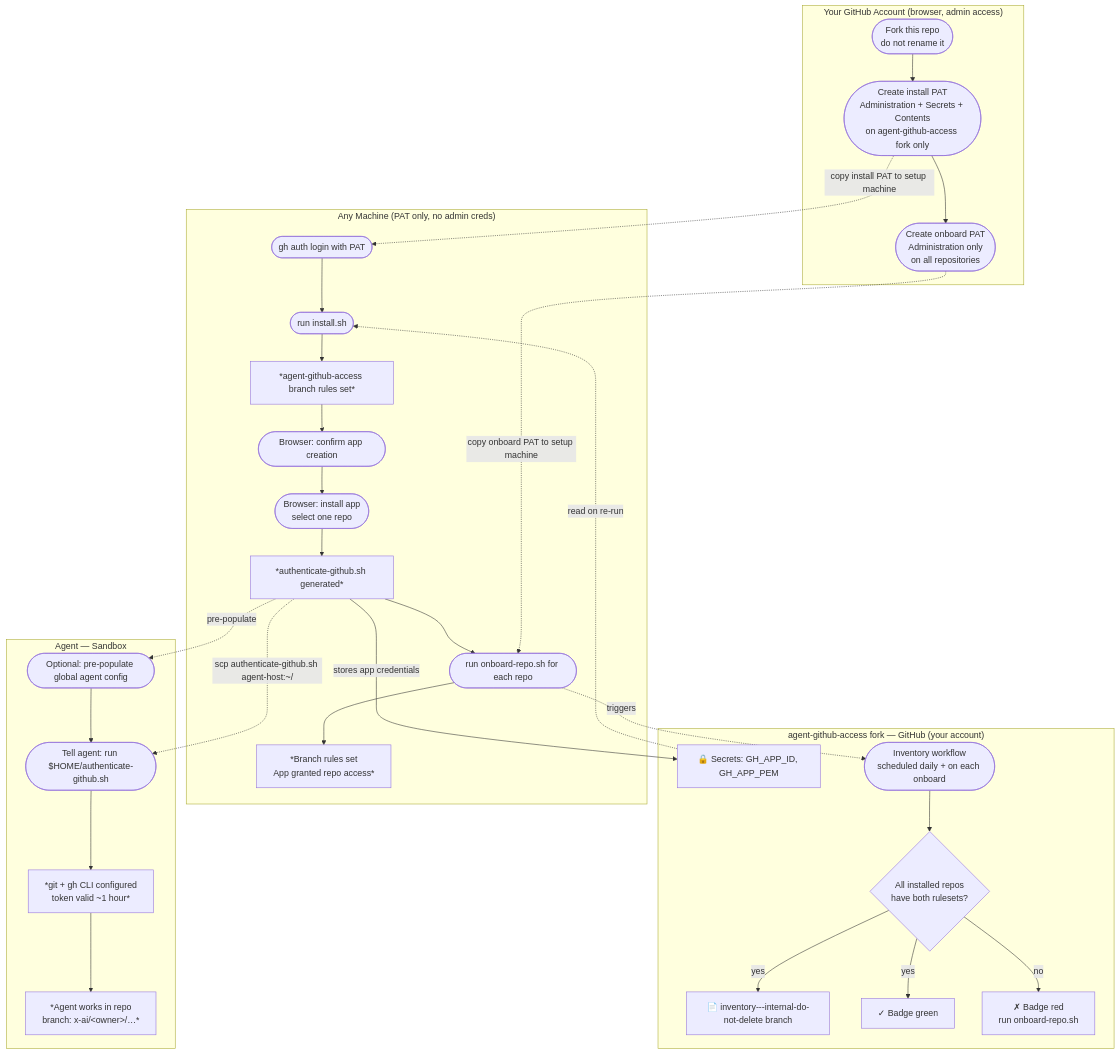
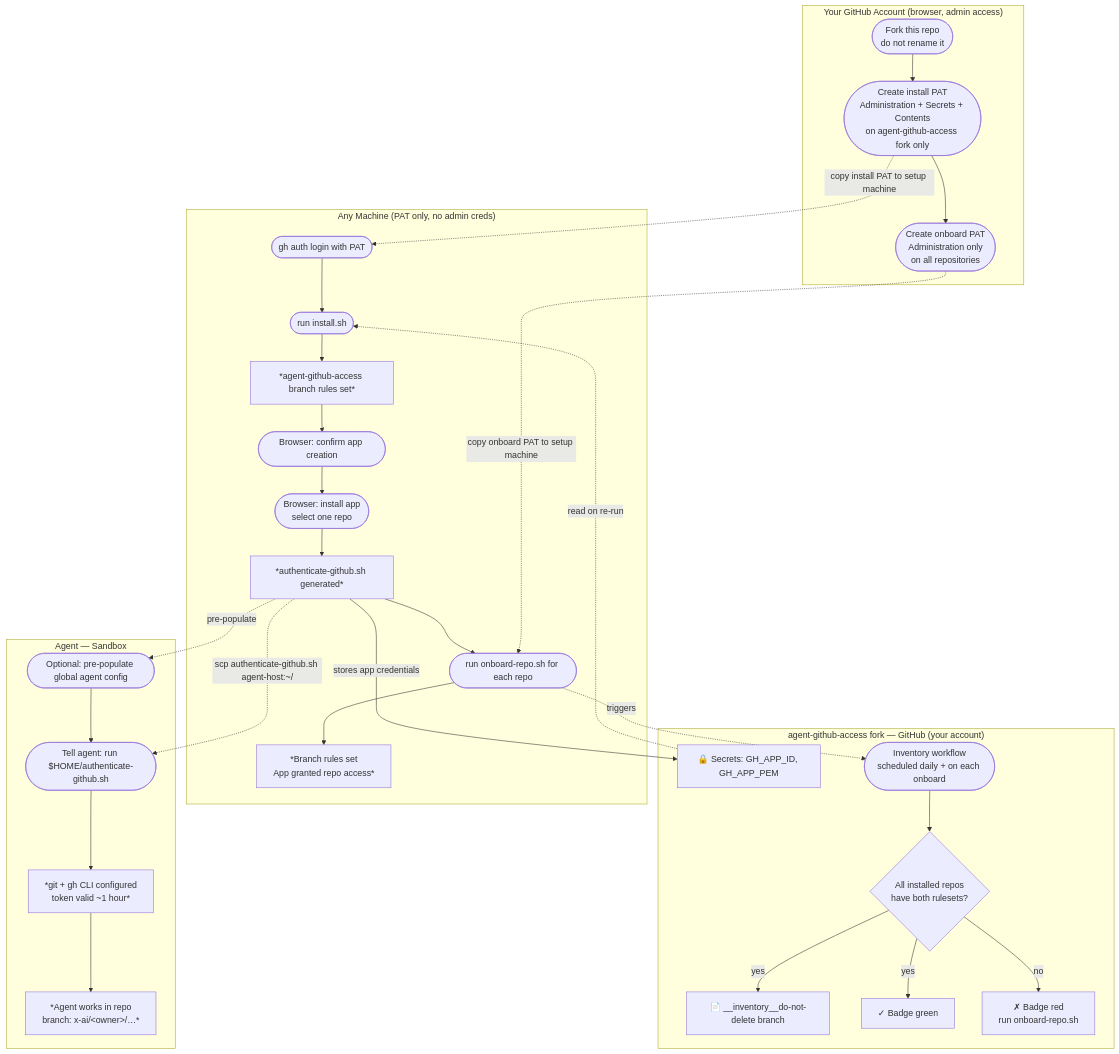
One commit to ardentperf/agent-github-access changed the diagram in README.md. Above: the diagram before and after it, drawn with Mermaid. The commit also changed other lines of this file and 4 other files, not shown here.

First line of the commit message:
refactor: rename inventory branch and file for clarity and GitHub UI visibility (#1836)

````diff
--- a/README.md
+++ b/README.md
@@ -21,55 +21,55 @@
 ```mermaid
 flowchart TD
     subgraph admin["Your GitHub Account (browser, admin access)"]
         F(["Fork this repo
 do not rename it"]) --> P1
         P1(["Create install PAT
 Administration + Secrets + Contents
 on agent-github-access fork only"]) --> P2
         P2(["Create onboard PAT
 Administration only
 on all repositories"])
     end
 
     subgraph fork["agent-github-access fork — GitHub (your account)"]
         SEC["🔒 Secrets: GH_APP_ID, GH_APP_PEM"]
-        INV["📄 inventory---internal-do-not-delete branch"]
+        INV["📄 __inventory__do-not-delete branch"]
         AU(["Inventory workflow
 scheduled daily + on each onboard"])
         AU --> AUC{"All installed repos
 have both rulesets?"}
         AUC -->|"yes"| AUP["✓ Badge green"]
         AUC -->|"no"| AUF["✗ Badge red
 run onboard-repo.sh"]
         AUC -->|"yes"| INV
     end
 
     subgraph setup["Any Machine (PAT only, no admin creds)"]
         A(["gh auth login with PAT"]) --> B(["run install.sh"])
         B --> BF["*agent-github-access branch rules set*"]
         BF --> C(["Browser: confirm app creation"])
         C --> D(["Browser: install app
 select one repo"])
         D --> E["*authenticate-github.sh generated*"]
         E --> R(["run onboard-repo.sh for each repo"])
         R --> H["*Branch rules set
 App granted repo access*"]
     end
 
     subgraph agent["Agent — Sandbox"]
         G(["Optional: pre-populate global agent config"])
         G --> I(["Tell agent: run $HOME/authenticate-github.sh"])
         I --> J["*git + gh CLI configured
 token valid ~1 hour*"]
         J --> K["*Agent works in repo
 branch: x-ai/&lt;owner&gt;/…*"]
     end
 
     P1 -.->|"copy install PAT to setup machine"| A
     P2 -.->|"copy onboard PAT to setup machine"| R
     E -->|"stores app credentials"| SEC
     SEC -.->|"read on re-run"| B
     E -.->|"scp authenticate-github.sh agent-host:~/"| I
     E -.->|"pre-populate"| G
     R -.->|"triggers"| AU
 ```
````
